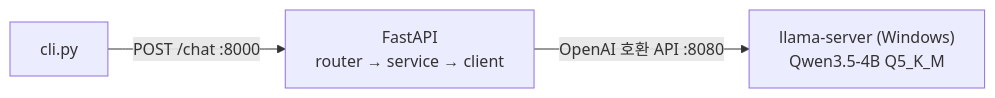
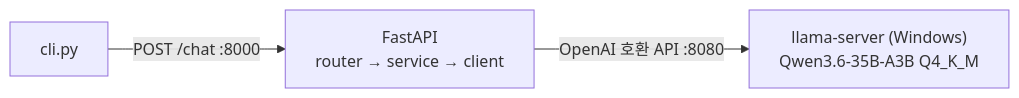
Before and after one commit to RyanKim0830/Tinker: the diagram in README.md, drawn with Mermaid. The commit also changed other lines of this file and 4 other files, not shown here.

````diff
--- a/README.md
+++ b/README.md
@@ -6,5 +6,5 @@
 ```mermaid
 flowchart LR
     cli["cli.py"] -- "POST /chat :8000" --> api["FastAPI<br/>router → service → client"]
-    api -- "OpenAI 호환 API :8080" --> llama["llama-server (Windows)<br/>Qwen3.5-4B Q5_K_M"]
+    api -- "OpenAI 호환 API :8080" --> llama["llama-server (Windows)<br/>Qwen3.6-35B-A3B Q4_K_M"]
 ```
````
